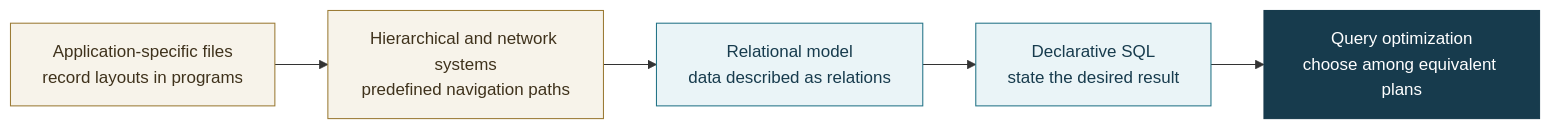
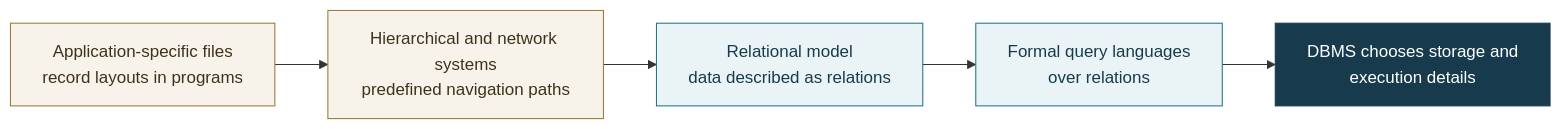
Before and after one commit to JacobDowns/CSCI340: the second of 3 diagrams in lectures/week-02-from-tables-to-relations.qmd, drawn with Mermaid. The commit also changed other lines of this file and 11 other files, not shown here.

````diff
--- a/lectures/week-02-from-tables-to-relations.qmd
+++ b/lectures/week-02-from-tables-to-relations.qmd
@@ -91,14 +281,14 @@
 ```{mermaid}
 flowchart LR
     A["Application-specific files<br/>record layouts in programs"] --> B["Hierarchical and network systems<br/>predefined navigation paths"]
     B --> C["Relational model<br/>data described as relations"]
-    C --> D["Declarative SQL<br/>state the desired result"]
-    D --> E["Query optimization<br/>choose among equivalent plans"]
+    C --> D["Formal query languages<br/>over relations"]
+    D --> E["DBMS chooses storage and<br/>execution details"]
 
     classDef early fill:#f7f3ea,stroke:#9b7b36,color:#3f321c;
     classDef model fill:#eaf4f7,stroke:#247487,color:#173b4d;
     classDef system fill:#173b4d,stroke:#173b4d,color:#ffffff;
     class A,B early;
     class C,D model;
     class E system;
 ```
````
